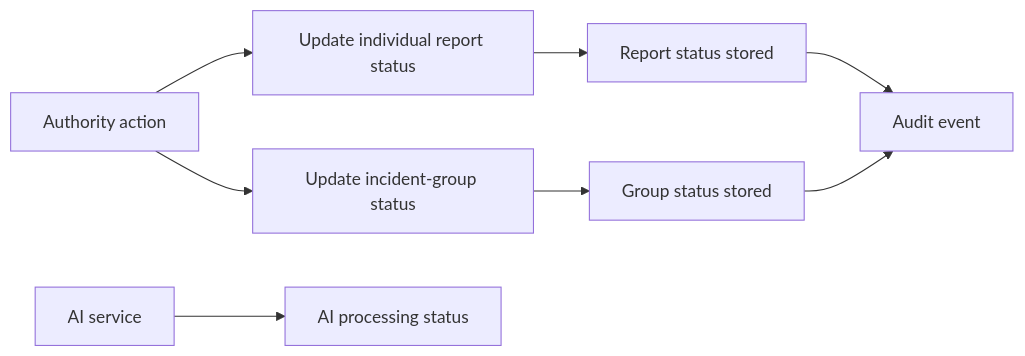
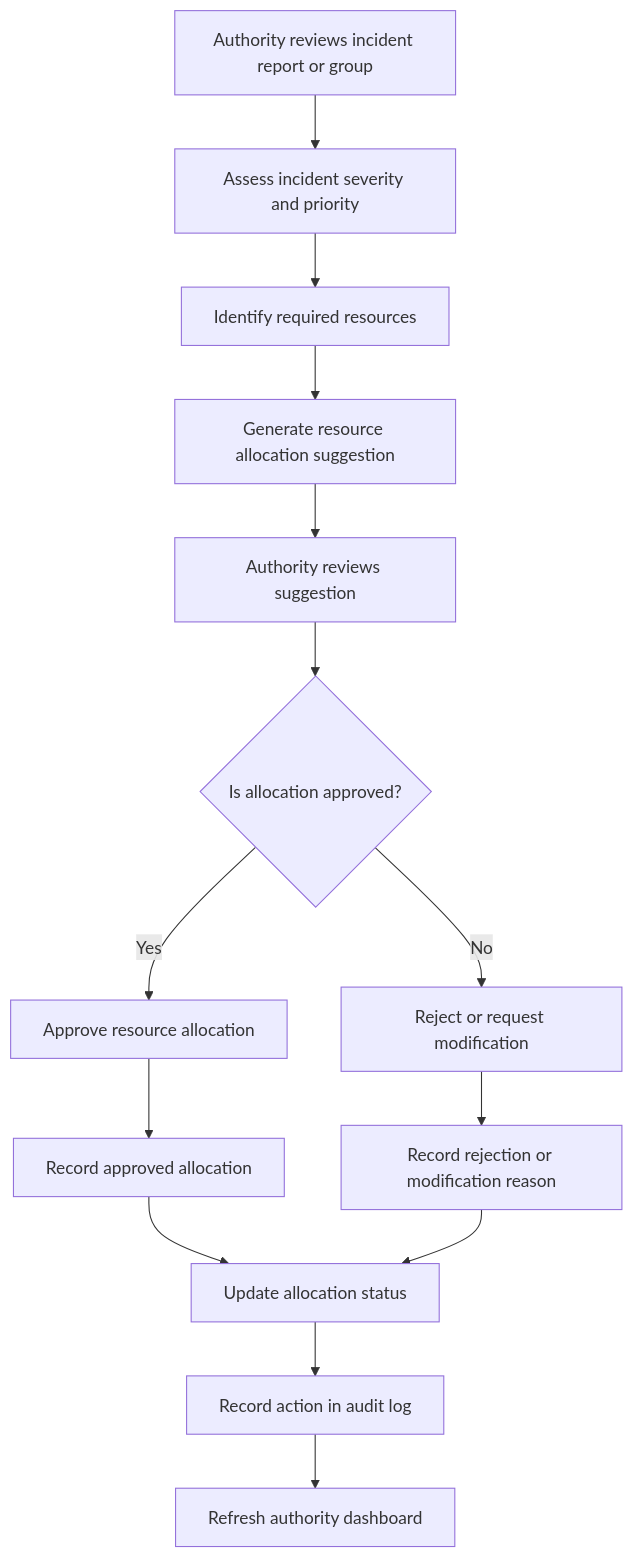
The fifth of 6 diagrams in docs/10_Workflows_and_Diagrams.md (NishitaSingh01/DisasterGuard), drawn with Mermaid before and after one commit. The commit also changed other lines of this file and 1 other file, not shown here.

````diff
--- a/docs/10_Workflows_and_Diagrams.md
+++ b/docs/10_Workflows_and_Diagrams.md
@@ -74,10 +178,20 @@
-``` mermaid
-flowchart LR
-    A[Authority action] --> B[Update individual report status]
-    A --> C[Update incident-group status]
-    B --> D[Report status stored]
-    C --> E[Group status stored]
-    D --> F[Audit event]
-    E --> F
-    G[AI service] --> H[AI processing status]
+```mermaid
+flowchart TD
+    A[Authority reviews incident report or group] --> B[Assess incident severity and priority]
+    B --> C[Identify required resources]
+    C --> D[Generate resource allocation suggestion]
+    D --> E[Authority reviews suggestion]
+    E --> F{Is allocation approved?}
+
+    F -->|Yes| G[Approve resource allocation]
+    F -->|No| H[Reject or request modification]
+
+    G --> I[Record approved allocation]
+    H --> J[Record rejection or modification reason]
+
+    I --> K[Update allocation status]
+    J --> K
+
+    K --> L[Record action in audit log]
+    L --> M[Refresh authority dashboard]
 ```
````
